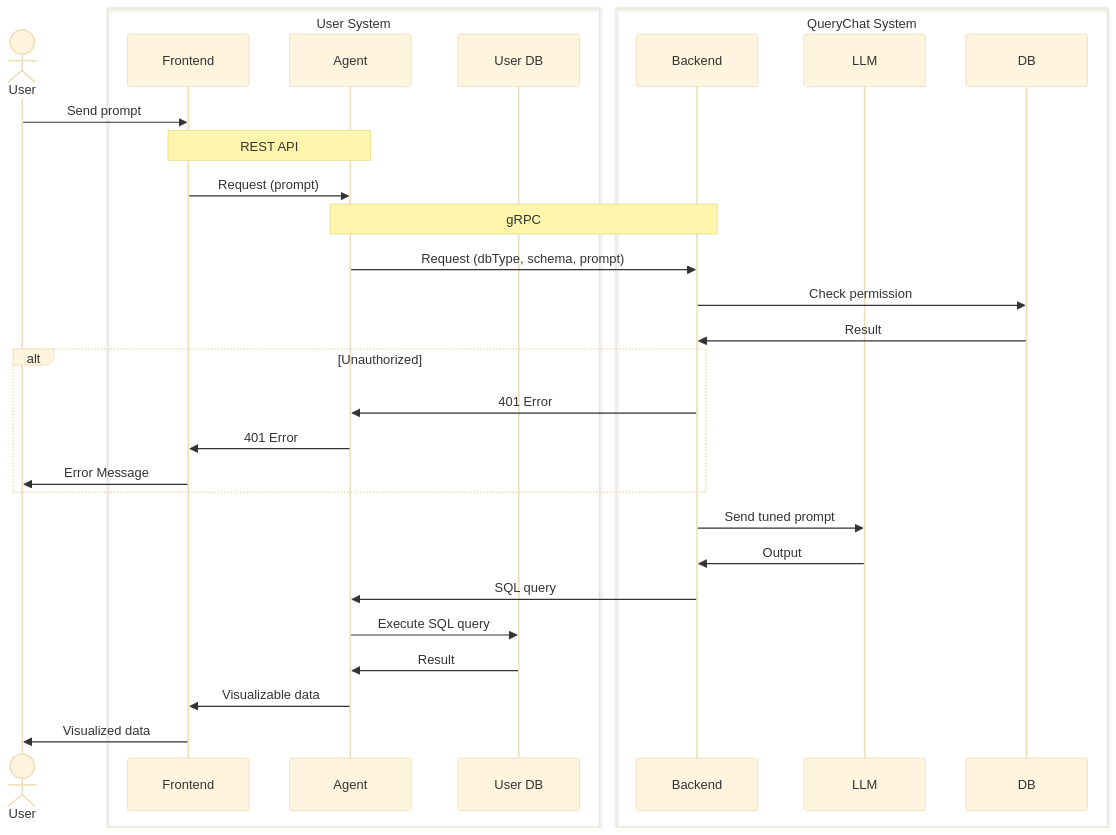
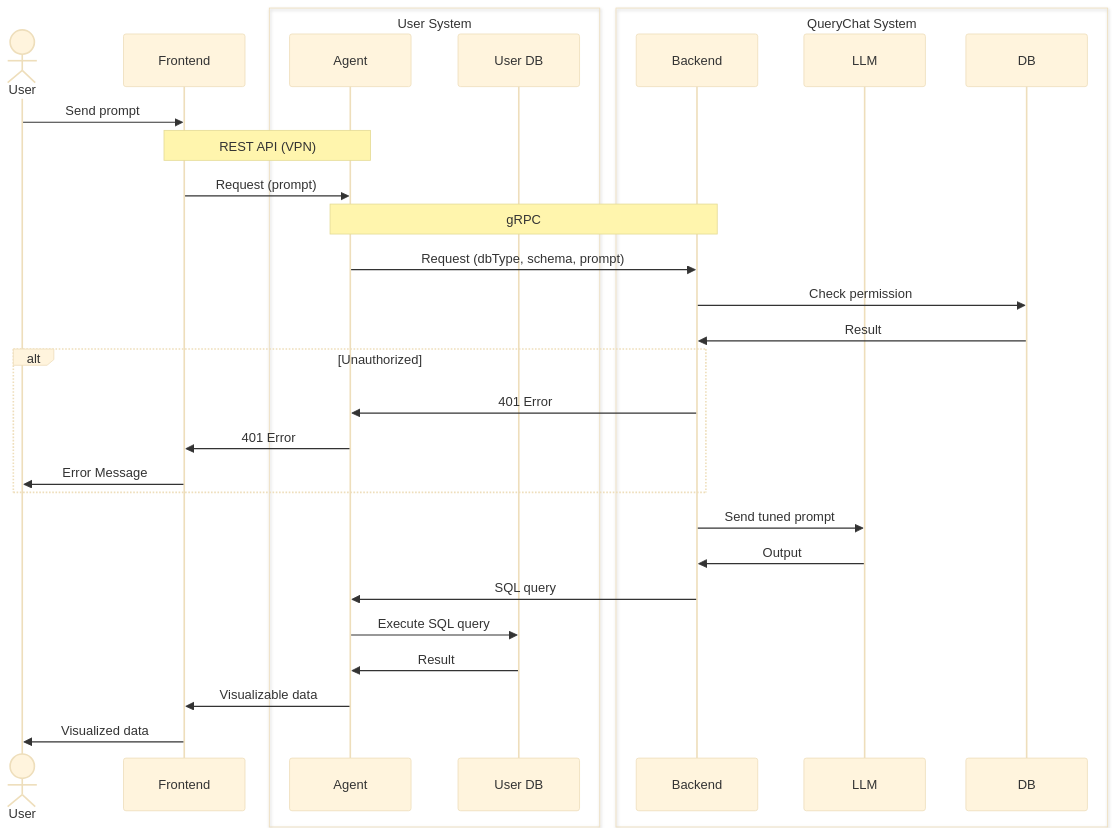
Before and after one commit to rihib/querytalk: the diagram in README.md, drawn with Mermaid (base theme). The commit also changed other lines of this file and 8 other files, not shown here.

````diff
--- a/README.md
+++ b/README.md
@@ -5,34 +5,34 @@
 ```mermaid
 sequenceDiagram
   actor User
+  participant Frontend
   box User System
-    participant Frontend
     participant Agent
     participant User DB
   end
   box QueryChat System
     participant Backend
     participant LLM
     participant DB
   end
 
   User ->> Frontend: Send prompt
-  Note over Frontend, Agent: REST API
+  Note over Frontend, Agent: REST API (VPN)
   Frontend ->> Agent: Request (prompt)
   Note over Agent, Backend: gRPC
   Agent ->> Backend: Request (dbType, schema, prompt)
   Backend ->> DB: Check permission
   DB ->> Backend: Result
   alt Unauthorized
     Backend ->> Agent: 401 Error
     Agent ->> Frontend: 401 Error
     Frontend ->> User: Error Message
   end
   Backend ->> LLM: Send tuned prompt
   LLM ->> Backend: Output
   Backend ->> Agent: SQL query
   Agent ->> User DB: Execute SQL query
   User DB ->> Agent: Result
   Agent ->> Frontend: Visualizable data
   Frontend ->> User: Visualized data
 ```
````
